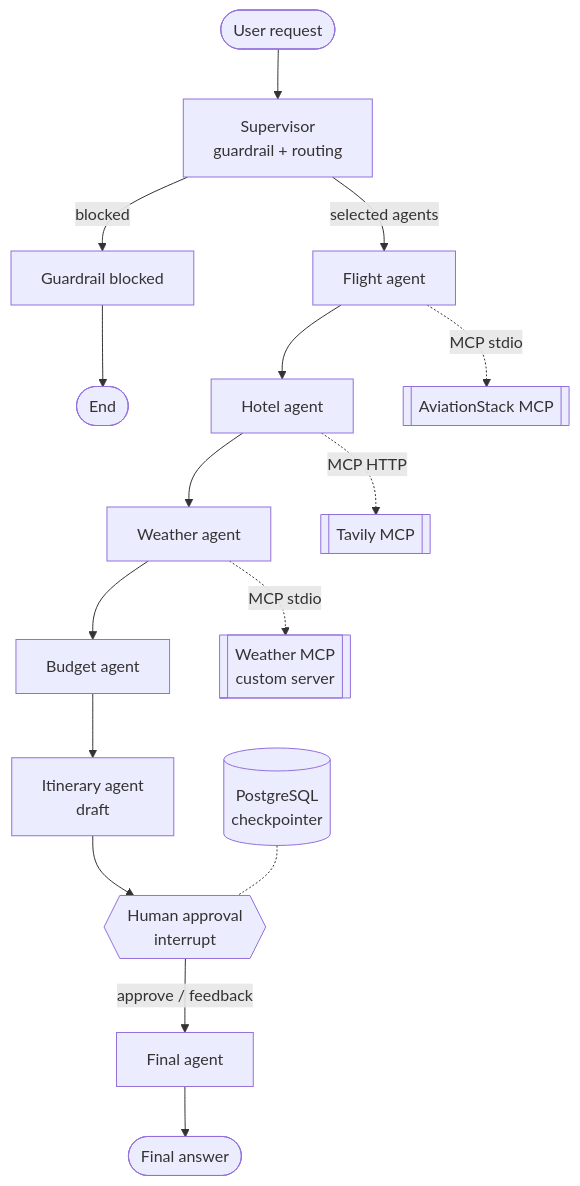
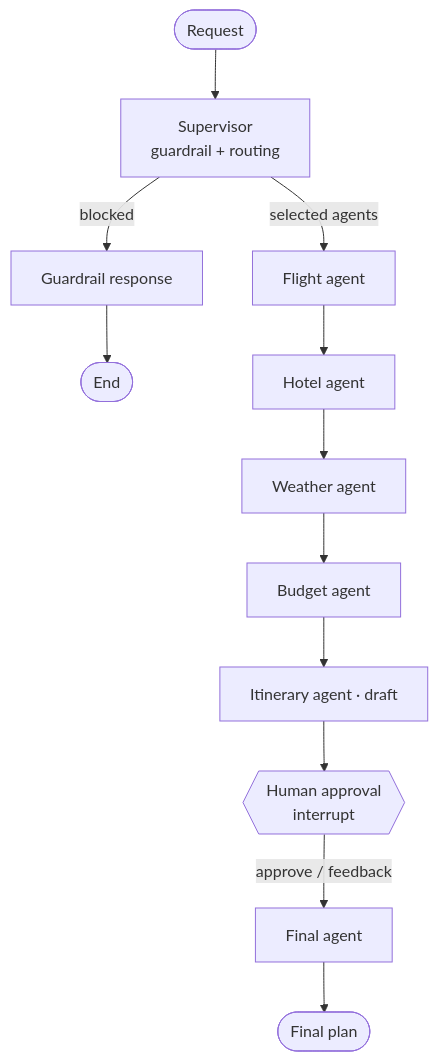
One commit to MamitianaRak/TripeMate-AI-A-Multi-Agent-Travel-Planner changed the second of 2 diagrams in README.md. Above: the diagram before and after it, drawn with Mermaid. The commit also changed other lines of this file and 91 other files, not shown here.

````diff
--- a/README.md
+++ b/README.md
@@ -63,19 +109,13 @@
 ```mermaid
 flowchart TD
-    U([User request]) --> S[Supervisor<br/>guardrail + routing]
-    S -- blocked --> B[Guardrail blocked] --> E1([End])
-    S -- selected agents --> F[Flight agent]
+    START([Request]) --> SUP[Supervisor<br/>guardrail + routing]
+    SUP -- blocked --> BLK[Guardrail response] --> END1([End])
+    SUP -- selected agents --> F[Flight agent]
     F --> H[Hotel agent]
     H --> W[Weather agent]
-    W --> BU[Budget agent]
-    BU --> I[Itinerary agent<br/>draft]
+    W --> B[Budget agent]
+    B --> I[Itinerary agent · draft]
     I --> HA{{Human approval<br/>interrupt}}
-    HA -- approve / feedback --> R[Final agent]
-    R --> E2([Final answer])
-
-    F -. MCP stdio .-> AV[[AviationStack MCP]]
-    H -. MCP HTTP .-> TV[[Tavily MCP]]
-    W -. MCP stdio .-> WX[[Weather MCP<br/>custom server]]
-
-    DB[(PostgreSQL<br/>checkpointer)] -.- HA
+    HA -- approve / feedback --> FIN[Final agent]
+    FIN --> END2([Final plan])
 ```
````
